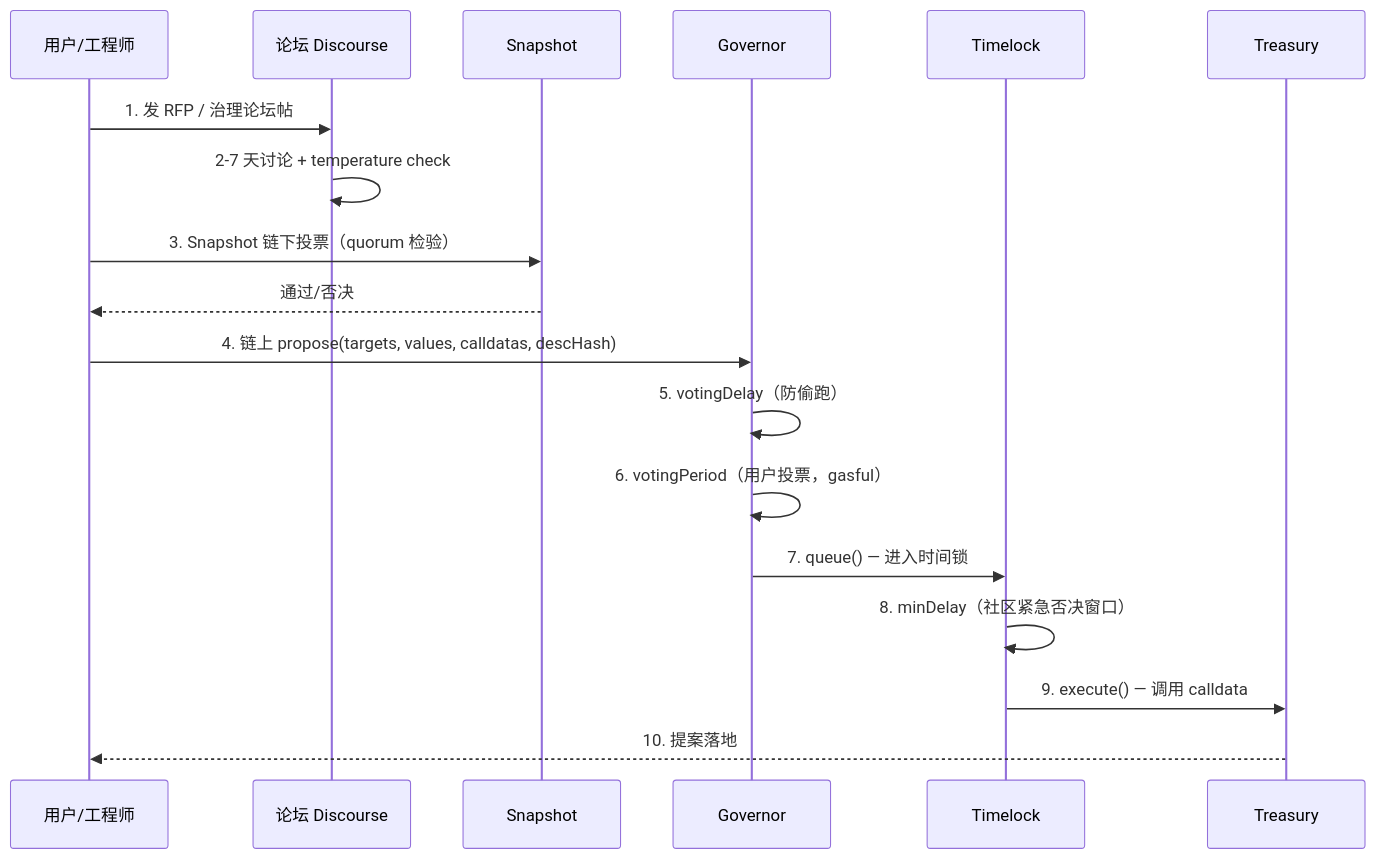
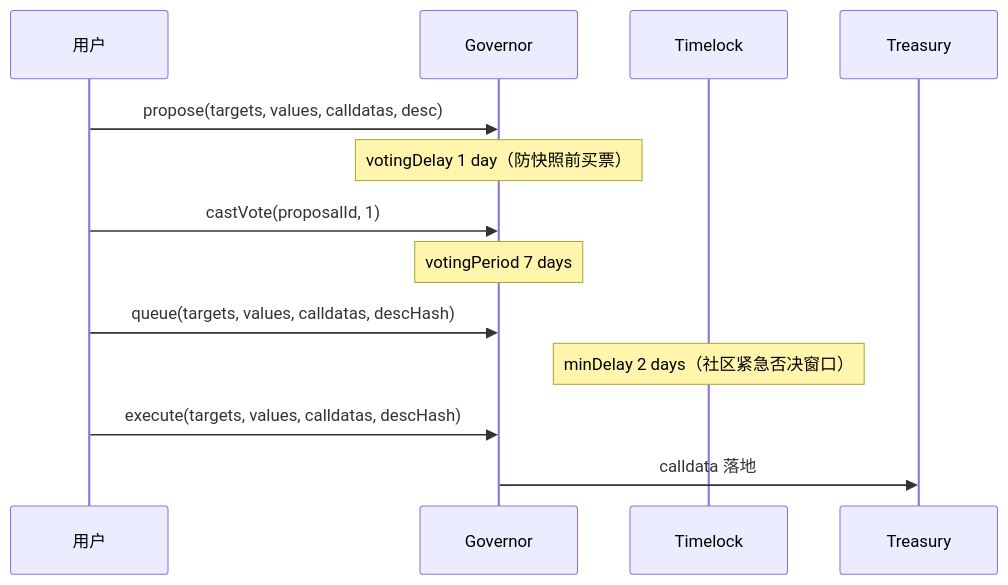
One commit to ChuwuYo/misc-files changed the second of 4 diagrams in web3-engineer-guide/15-DAO治理与Tokenomics/README.md. Above: the diagram before and after it, drawn with Mermaid. The commit also changed other lines of this file and 211 other files, not shown here.

````diff
--- a/web3-engineer-guide/15-DAO治理与Tokenomics/README.md
+++ b/web3-engineer-guide/15-DAO治理与Tokenomics/README.md
@@ -214,21 +148,16 @@
 ```mermaid
 sequenceDiagram
-    participant U as 用户/工程师
-    participant F as 论坛 Discourse
-    participant S as Snapshot
+    participant U as 用户
     participant G as Governor
     participant T as Timelock
     participant Tr as Treasury
 
-    U->>F: 1. 发 RFP / 治理论坛帖
-    F->>F: 2-7 天讨论 + temperature check
-    U->>S: 3. Snapshot 链下投票（quorum 检验）
-    S-->>U: 通过/否决
-    U->>G: 4. 链上 propose(targets, values, calldatas, descHash)
-    G->>G: 5. votingDelay（防偷跑）
-    G->>G: 6. votingPeriod（用户投票，gasful）
-    G->>T: 7. queue() — 进入时间锁
-    T->>T: 8. minDelay（社区紧急否决窗口）
-    T->>Tr: 9. execute() — 调用 calldata
-    Tr-->>U: 10. 提案落地
+    U->>G: propose(targets, values, calldatas, desc)
+    Note over G: votingDelay 1 day（防快照前买票）
+    U->>G: castVote(proposalId, 1)
+    Note over G: votingPeriod 7 days
+    U->>G: queue(targets, values, calldatas, descHash)
+    Note over T: minDelay 2 days（社区紧急否决窗口）
+    U->>G: execute(targets, values, calldatas, descHash)
+    G->>Tr: calldata 落地
 ```
````
